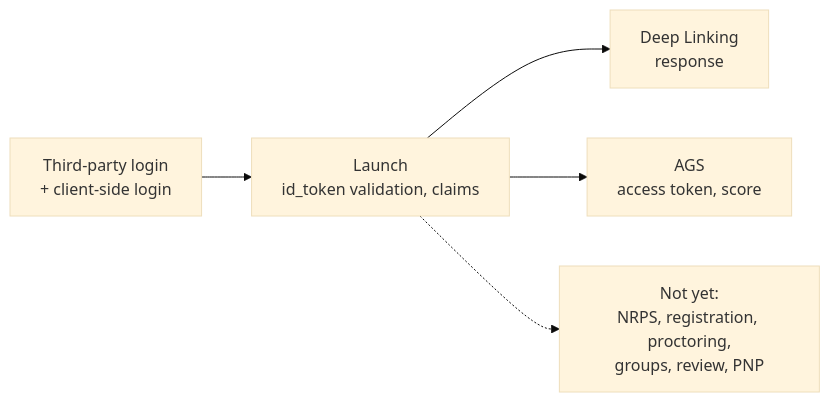
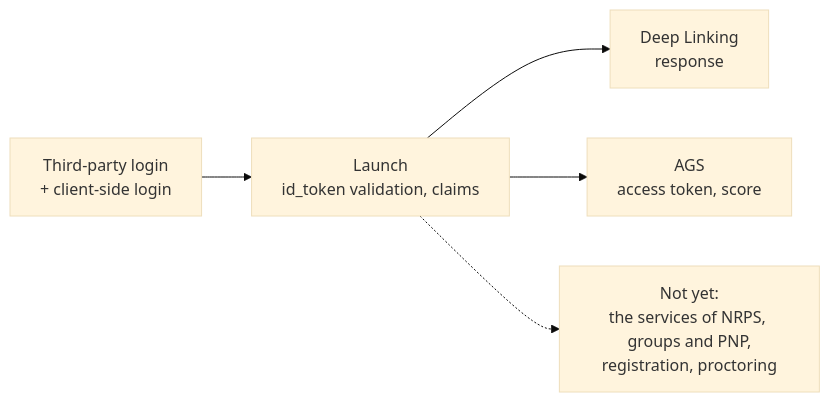
The first of 2 diagrams in docs/tool-integration/supported.md (interopkit/interopkit), drawn with Mermaid (base theme) before and after one commit. The commit also changed other lines of this file and 76 other files, not shown here.

````diff
--- a/docs/tool-integration/supported.md
+++ b/docs/tool-integration/supported.md
@@ -7,7 +7,7 @@
 ```mermaid
 flowchart LR
   login["Third-party login<br/>+ client-side login"] --> launch["Launch<br/>id_token validation, claims"]
   launch --> dl["Deep Linking<br/>response"]
   launch --> ags["AGS<br/>access token, score"]
-  launch -.-> missing["Not yet:<br/>NRPS, registration, proctoring,<br/>groups, review, PNP"]
+  launch -.-> missing["Not yet:<br/>the services of NRPS, groups and PNP,<br/>registration, proctoring"]
 ```
````
